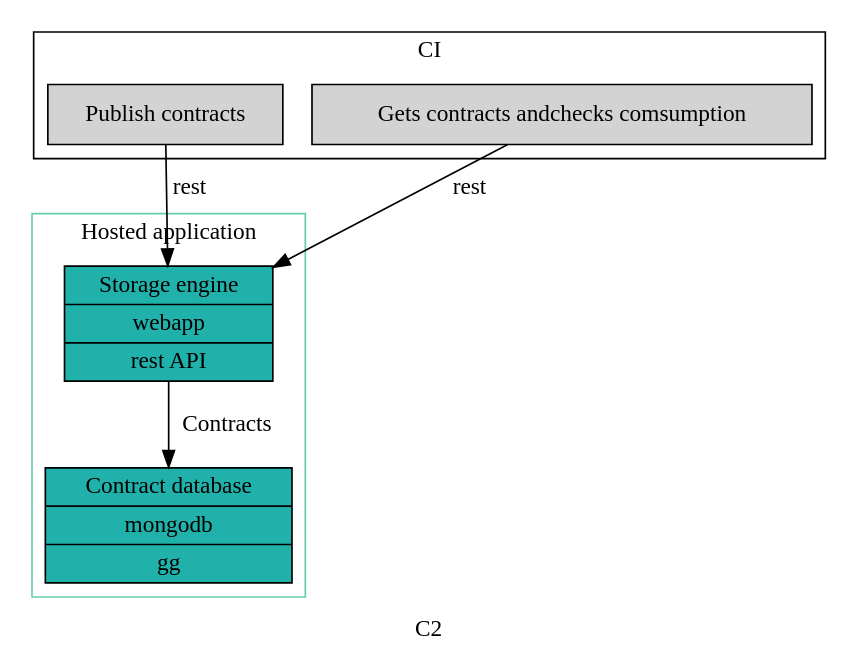
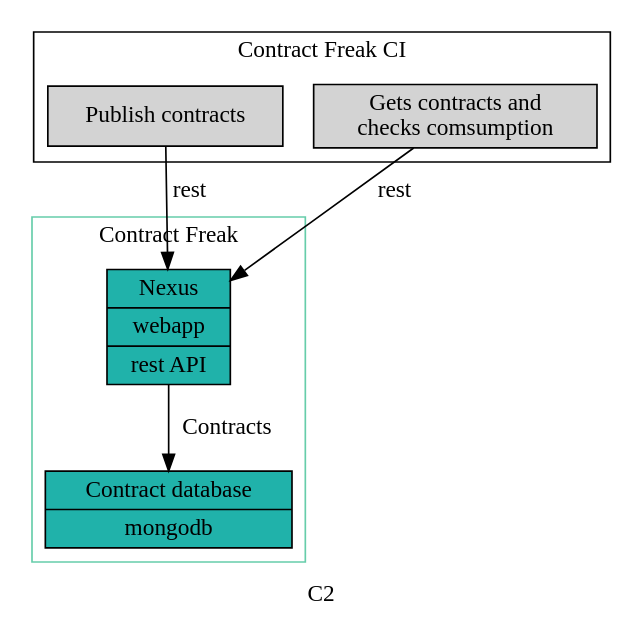
The diagram in docs/architecture/c2.dot (sicardnicolas/contract-freak-nexus), drawn with Graphviz before and after one commit. The commit also changed 2 other files, not shown here.

```diff
--- a/docs/architecture/c2.dot
+++ b/docs/architecture/c2.dot
@@ -1,27 +1,26 @@
 digraph C2 {
     node [shape = record, style = filled];
     label = "C2";
 
     subgraph cluster_0 {
         node [fillcolor = lightseagreen];
         color = aquamarine3;
-        label = "Hosted application"
+        label = "Contract Freak"
 
-        contract_storage_engine [label = "{Storage engine | webapp | rest API}"];
-        database [label = "{Contract database | mongodb | gg}"];
+        contract_storage_engine [label = "{ Nexus | webapp | rest API}"];
+        database [label = "{ Contract database | mongodb}"];
 
         contract_storage_engine -> database [label = "Contracts"];
     }
 
     subgraph cluster_1 {
-        label = "CI"
+        label = "Contract Freak CI"
 
         publish_contract_job [label = "Publish contracts"];
-        gets_contract_job [label = "Gets contracts and
-checks comsumption"];
+        gets_contract_job [label = "Gets contracts and \n
+            checks comsumption"];
 
         publish_contract_job -> contract_storage_engine [label = "rest"];
         gets_contract_job -> contract_storage_engine [label = "rest"];
     }
-
 }
```
